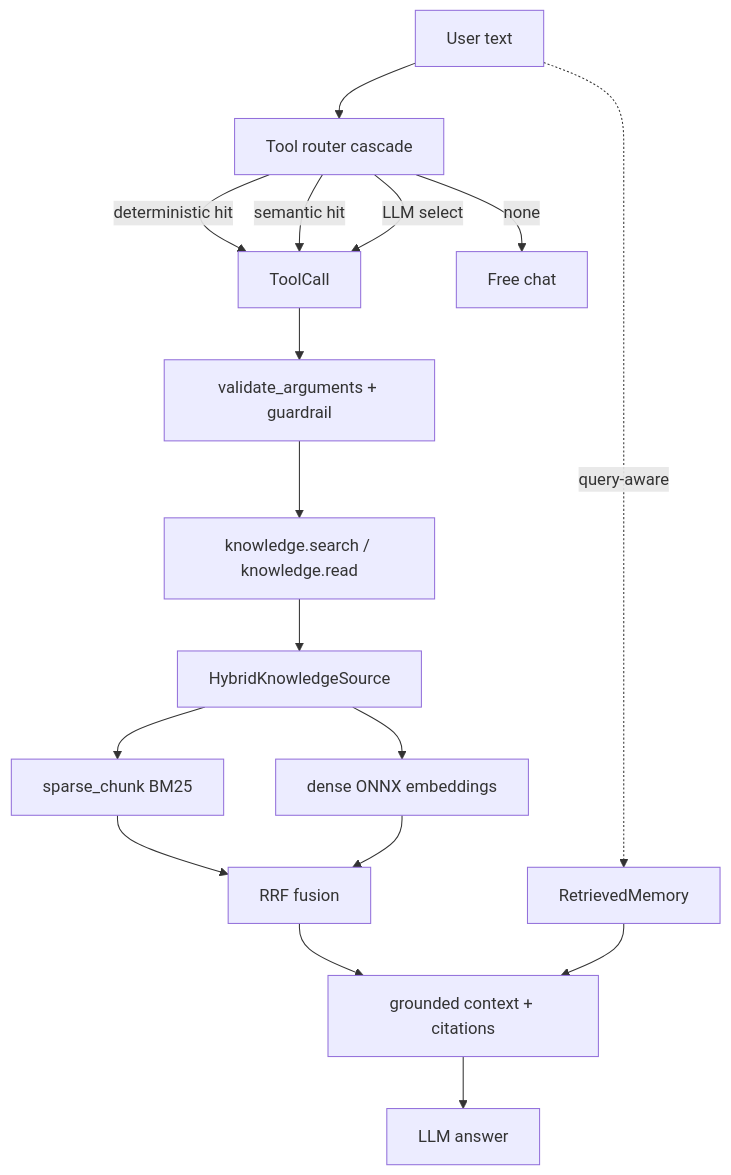
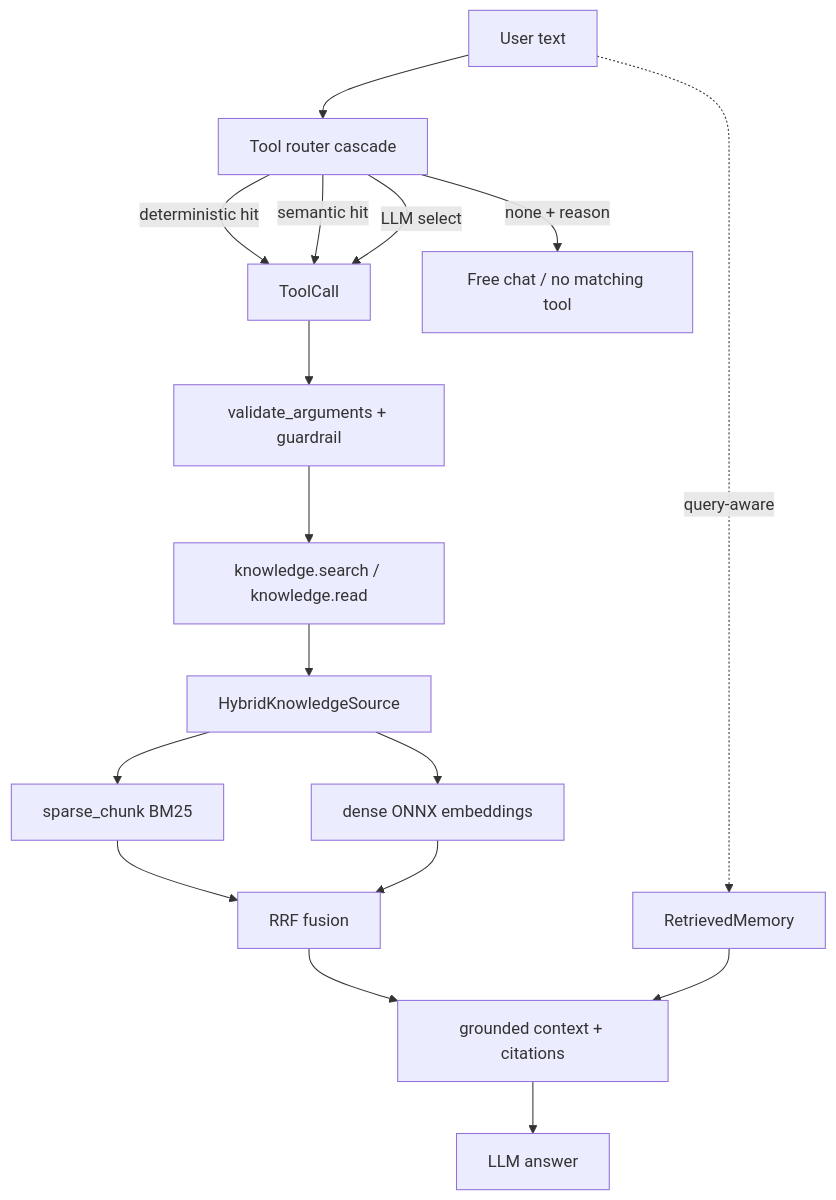
The first of 2 diagrams in docs/09-hybrid-rag-memory.md (finalflash159/soca), drawn with Mermaid before and after one commit. The commit also changed other lines of this file and 36 other files, not shown here.

````diff
--- a/docs/09-hybrid-rag-memory.md
+++ b/docs/09-hybrid-rag-memory.md
@@ -20,19 +20,19 @@
 ```mermaid
 flowchart TD
     Q[User text] --> R[Tool router cascade]
     R -->|deterministic hit| TC[ToolCall]
     R -->|semantic hit| TC
     R -->|LLM select| TC
-    R -->|none| CHAT[Free chat]
+    R -->|none + reason| CHAT[Free chat / no matching tool]
     TC --> VAL[validate_arguments + guardrail]
     VAL --> KS[knowledge.search / knowledge.read]
     KS --> HS[HybridKnowledgeSource]
     HS --> SP[sparse_chunk BM25]
     HS --> DE[dense ONNX embeddings]
     SP --> RRF[RRF fusion]
     DE --> RRF
     RRF --> CTX[grounded context + citations]
     Q -.query-aware.-> MEM[RetrievedMemory]
     MEM --> CTX
     CTX --> LLM[LLM answer]
 ```
````
